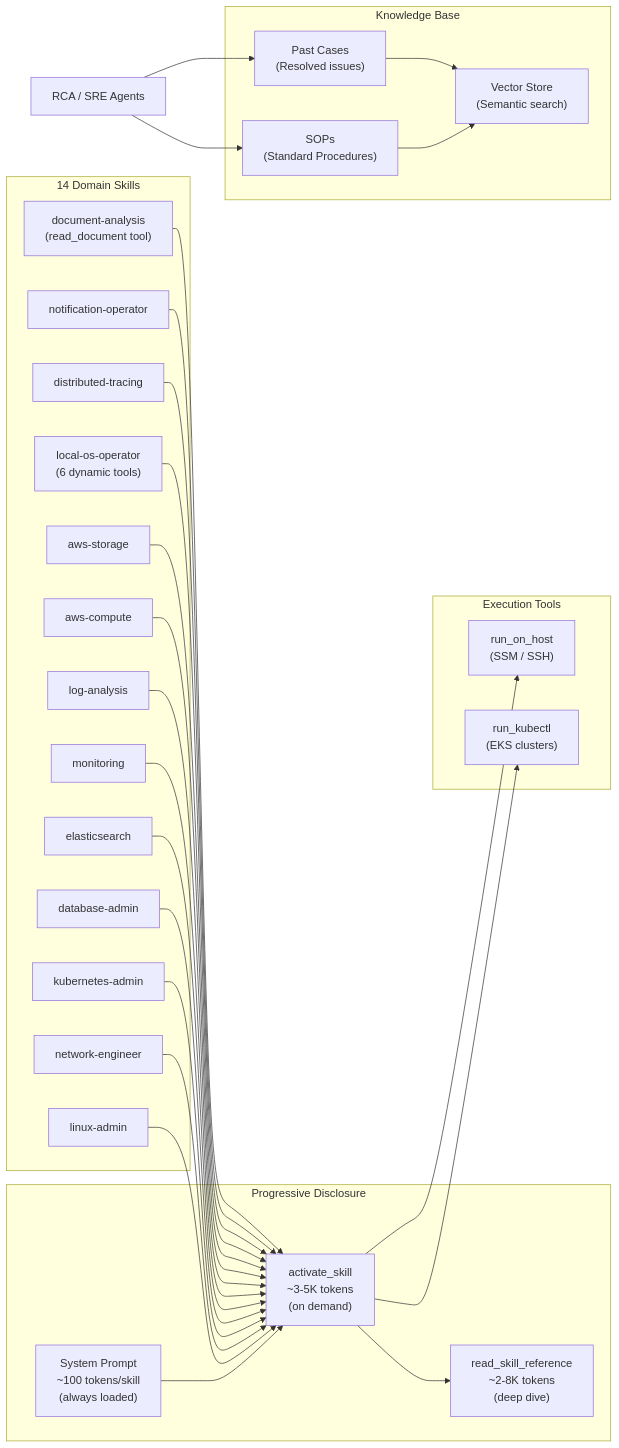
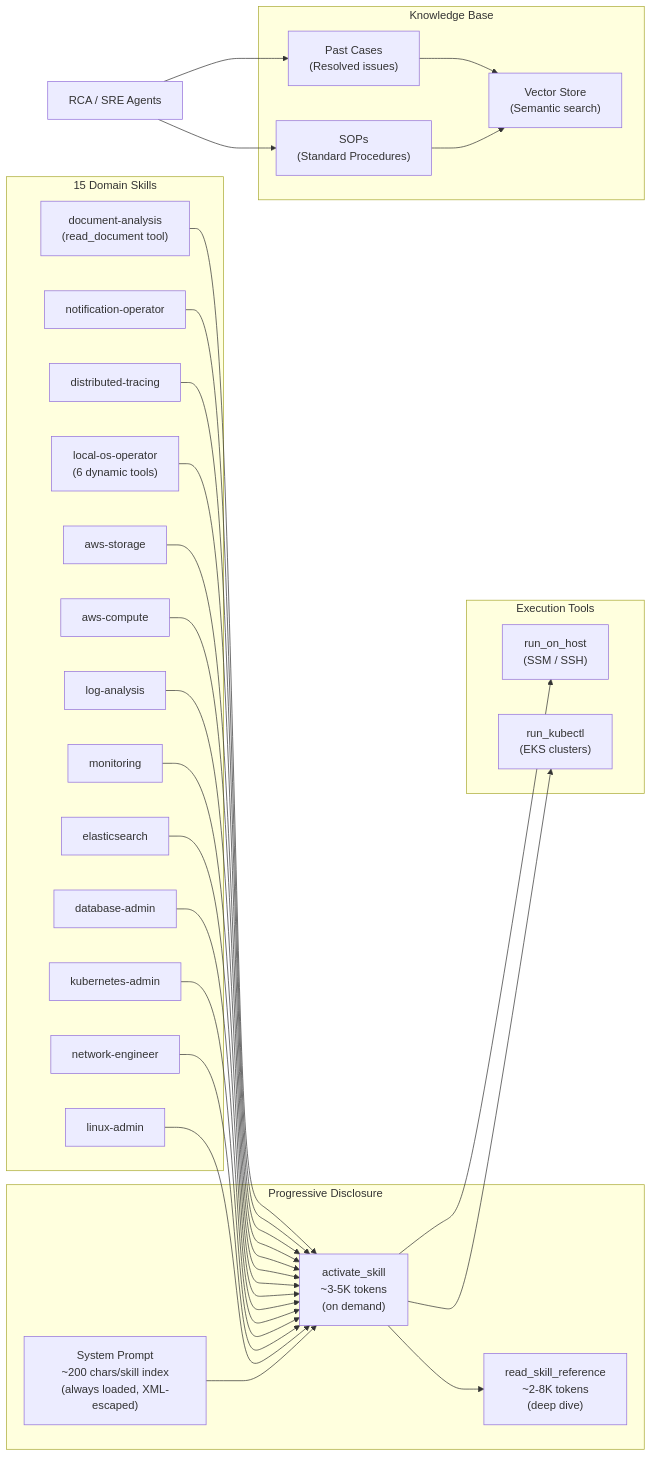
One commit to LiboMa/agenticops-chat changed the seventh of 12 diagrams in docs/WORKFLOW.md. Above: the diagram before and after it, drawn with Mermaid. The commit also changed other lines of this file and 2 other files, not shown here.

Commit message:
docs: update MVP 1.1.0 release + WORKFLOW + CLAUDE.md for P0.5 loader hardening
- MVP-1.1.0-RELEASE: add P0.5 capabilities (XML escape, YAML fallback,
  name validation, resource listing, 200-char index) + update test count
- WORKFLOW.md: 14→15 skills, update progressive disclosure description
- CLAUDE.md: 14→15 skills, add security-engineer, note loader hardening

````diff
--- a/docs/WORKFLOW.md
+++ b/docs/WORKFLOW.md
@@ -312,57 +312,57 @@
 ```mermaid
 flowchart LR
     subgraph "Progressive Disclosure"
-        PROMPT["System Prompt<br/>~100 tokens/skill<br/>(always loaded)"]
+        PROMPT["System Prompt<br/>~200 chars/skill index<br/>(always loaded, XML-escaped)"]
         ACTIVATE["activate_skill<br/>~3-5K tokens<br/>(on demand)"]
         REF["read_skill_reference<br/>~2-8K tokens<br/>(deep dive)"]
     end
 
-    subgraph "14 Domain Skills"
+    subgraph "15 Domain Skills"
         S1["linux-admin"]
         S2["network-engineer"]
         S3["kubernetes-admin"]
         S4["database-admin"]
         S5["elasticsearch"]
         S6["monitoring"]
         S7["log-analysis"]
         S8["aws-compute"]
         S9["aws-storage"]
         S10["local-os-operator<br/>(6 dynamic tools)"]
         S11["distributed-tracing"]
         S12["notification-operator"]
         S13["document-analysis<br/>(read_document tool)"]
     end
 
     subgraph "Execution Tools"
         HOST["run_on_host<br/>(SSM / SSH)"]
         KUBE["run_kubectl<br/>(EKS clusters)"]
     end
 
     subgraph "Knowledge Base"
         SOP["SOPs<br/>(Standard Procedures)"]
         CASES["Past Cases<br/>(Resolved issues)"]
         VEC["Vector Store<br/>(Semantic search)"]
     end
 
     PROMPT --> ACTIVATE --> REF
     S1 --> ACTIVATE
     S2 --> ACTIVATE
     S3 --> ACTIVATE
     S4 --> ACTIVATE
     S5 --> ACTIVATE
     S6 --> ACTIVATE
     S7 --> ACTIVATE
     S8 --> ACTIVATE
     S9 --> ACTIVATE
     S10 --> ACTIVATE
     S11 --> ACTIVATE
     S12 --> ACTIVATE
     S13 --> ACTIVATE
     ACTIVATE --> HOST
     ACTIVATE --> KUBE
 
     RCA["RCA / SRE Agents"] --> SOP
     RCA --> CASES
     SOP --> VEC
     CASES --> VEC
 ```
````
